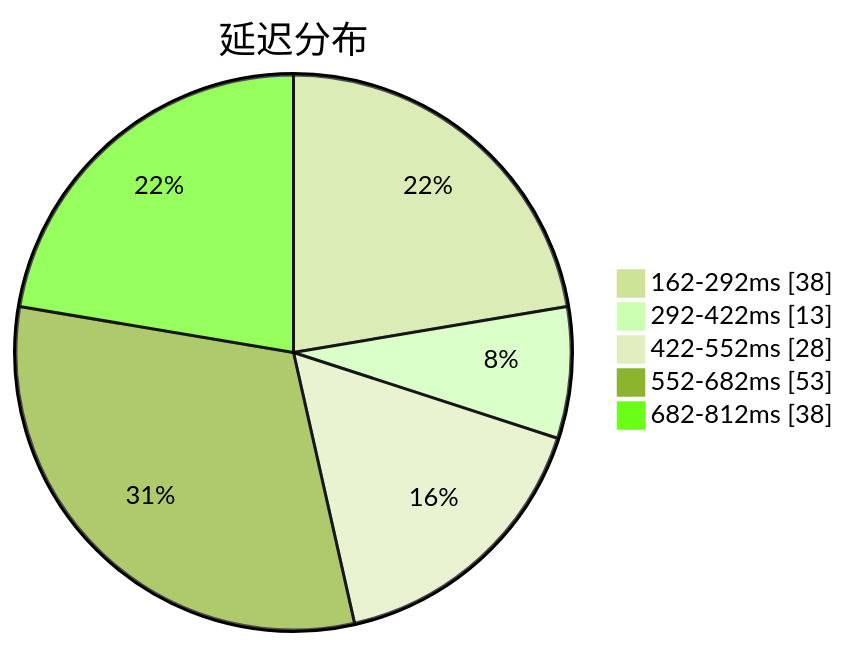
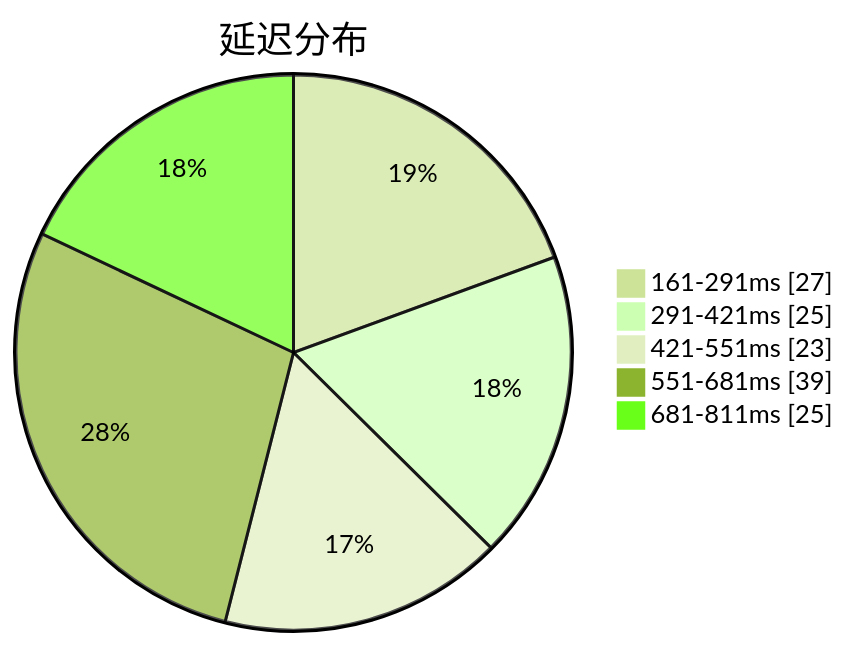
The first of 3 diagrams in subs/statistics/tested_within.md (qjlxg/airport), drawn with Mermaid (forest theme) before and after one commit. The commit also changed other lines of this file and 2 other files, not shown here.

````diff
--- a/subs/statistics/tested_within.md
+++ b/subs/statistics/tested_within.md
@@ -2,9 +2,9 @@
 ```mermaid
 pie showData
 title 延迟分布
-"162-292ms" : 38
-"292-422ms" : 13
-"422-552ms" : 28
-"552-682ms" : 53
-"682-812ms" : 38
+"161-291ms" : 27
+"291-421ms" : 25
+"421-551ms" : 23
+"551-681ms" : 39
+"681-811ms" : 25
 ```
````
